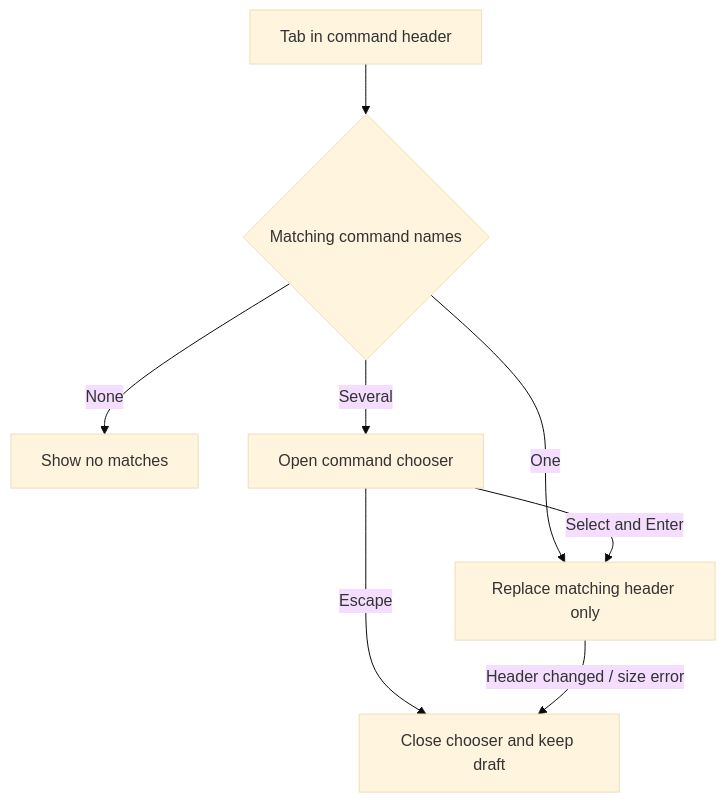
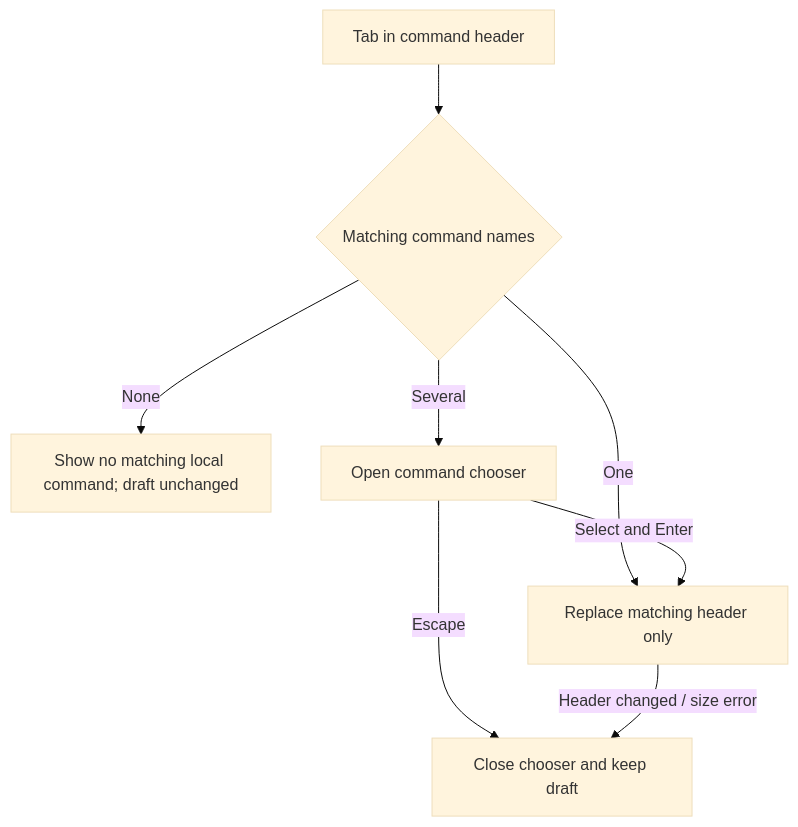
Before and after one commit to pidster/asura: the sixth of 17 diagrams in docs/designs/command-flows.md, drawn with Mermaid (base theme). The commit also changed other lines of this file and 22 other files, not shown here.

````diff
--- a/docs/designs/command-flows.md
+++ b/docs/designs/command-flows.md
@@ -177,10 +179,10 @@
 ```mermaid
 flowchart TD
     Tab["Tab in command header"] --> Matches{"Matching command names"}
-    Matches -->|None| None["Show no matches"]
+    Matches -->|None| None["Show no matching local command; draft unchanged"]
     Matches -->|One| Complete["Replace matching header only"]
     Matches -->|Several| Menu["Open command chooser"]
     Menu -->|Escape| Keep["Close chooser and keep draft"]
     Menu -->|"Select and Enter"| Complete
     Complete -->|"Header changed / size error"| Keep
 ```
````
